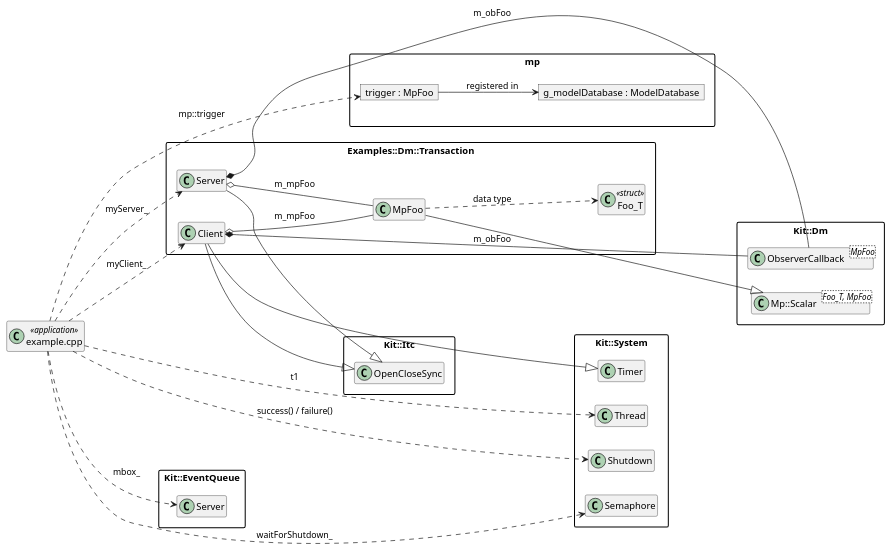
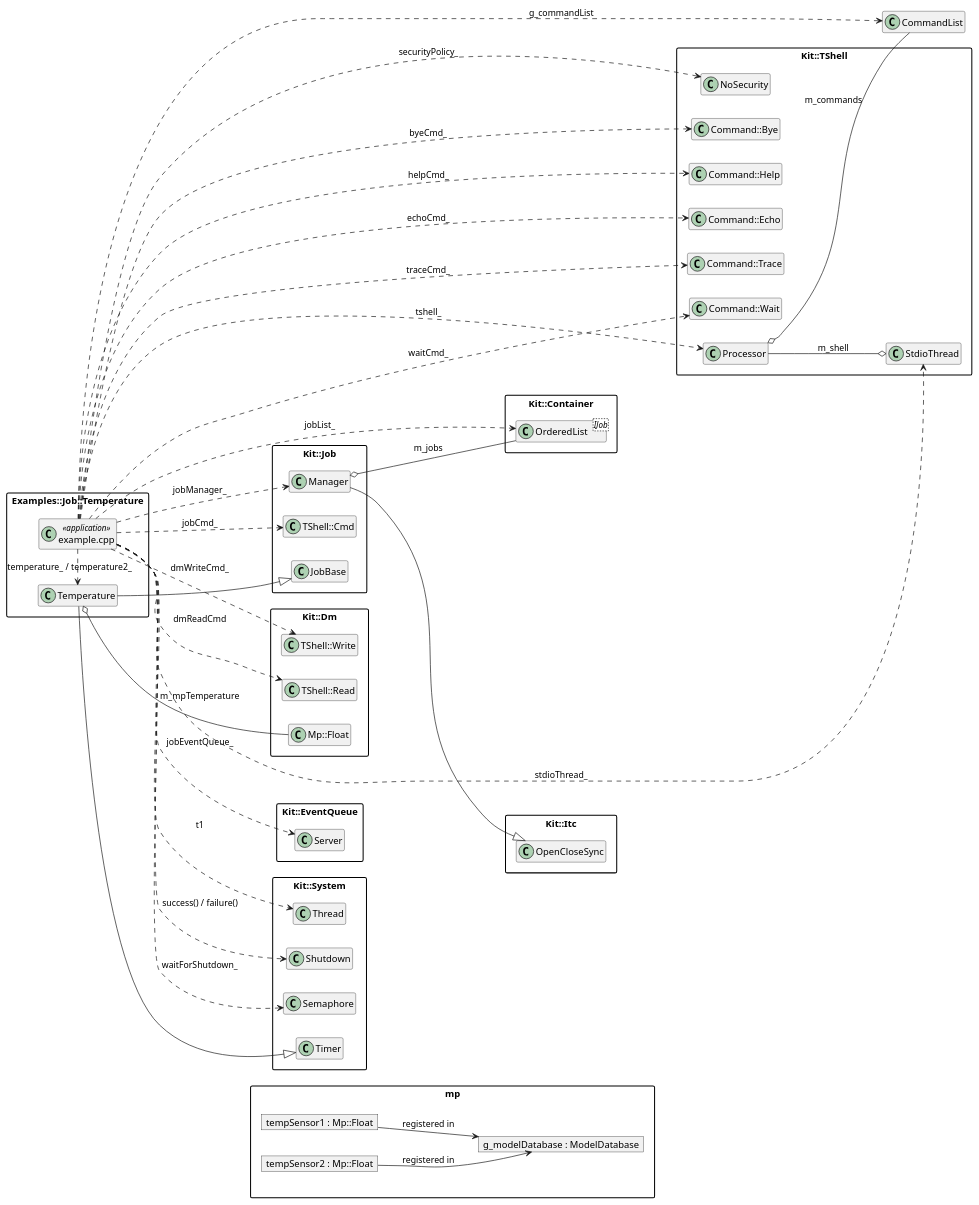
One commit to Integerfox/kit.core changed the diagram in projects/Examples/Job/Temperature/diagram.puml. Above: the diagram before and after it, drawn with PlantUML. The commit also changed other lines of this file and 2 other files, not shown here.

Commit message:
update class diagram

```diff
--- a/projects/Examples/Job/Temperature/diagram.puml
+++ b/projects/Examples/Job/Temperature/diagram.puml
@@ -1,100 +1,135 @@
 @startuml classDiagram_examplesjobtemperature
 skinparam classAttributeIconSize 0
 skinparam packageStyle rectangle
 hide members
 left to right direction
 
 ' ============================================================================
 ' example.cpp - leftmost element
 ' ============================================================================
 
-class "example.cpp" as exampleApp <<application>>
 
 ' ============================================================================
 ' Application Classes  (middle column)
 ' ============================================================================
 
-package "Examples::Dm::Transaction" {
-    class Foo_T <<struct>>
-    class MpFoo
-    class Client
-    class Server
+package "Examples::Job::Temperature" {
+    class Temperature
+    class "example.cpp" as exampleApp <<application>>
 }
 
 package "mp" {
-    object "trigger : MpFoo" as mpTrigger
+    object "tempSensor1 : Mp::Float" as mpTempSensor1
+    object "tempSensor2 : Mp::Float" as mpTempSensor2
     object "g_modelDatabase : ModelDatabase" as mpDB
 }
 
 ' ============================================================================
 ' Kit Classes  (right column, stacked vertically)
 ' ============================================================================
+
+package "Kit::Job" {
+    class JobBase
+    class Manager
+    class "TShell::Cmd" as JobShellCmd
+}
 
 package "Kit::EventQueue" {
     class "Server" as EqServer
 }
 
 package "Kit::Itc" {
     class OpenCloseSync
 }
 
 package "Kit::System" {
     class Semaphore
     class Thread
     class Shutdown
     class Timer
 }
 
 package "Kit::Dm" {
-    class "Mp::Scalar<Foo_T, MpFoo>" as ScalarBase
-    class "ObserverCallback<MpFoo>" as ObsCallback
+    class "Mp::Float" as MpFloat
+    class "TShell::Write" as DmWrite
+    class "TShell::Read" as DmRead
+}
+
+package "Kit::Container" {
+    class "OrderedList<IJob>" as JobList
+}
+
+package "Kit::TShell" {
+    class Processor
+    class StdioThread
+    class NoSecurity
+    class "Command::Bye" as Bye
+    class "Command::Help" as Help
+    class "Command::Echo" as Echo
+    class "Command::Trace" as Trace
+    class "Command::Wait" as Wait
 }
 
 ' ============================================================================
 ' Layout hints
 ' ============================================================================
 
-' Pin exampleApp to the left of the Dm::Transaction classes
-exampleApp  -[hidden]right- Client
+' Pin exampleApp to the left of the Application classes
+exampleApp  -[hidden]right- Temperature
 
-' Stack Dm::Transaction above mp (vertically)
-Server      -[hidden]down-  mpTrigger
+' Stack Application classes above mp (vertically)
+Temperature -[hidden]down- mpTempSensor1
 
 ' Stack Kit packages vertically (right column)
-EqServer    -[hidden]down-  OpenCloseSync
+JobBase       -[hidden]down- EqServer
+EqServer      -[hidden]down- OpenCloseSync
 OpenCloseSync -[hidden]down- Semaphore
-Semaphore   -[hidden]down-  ScalarBase
+Semaphore     -[hidden]down- MpFloat
+MpFloat       -[hidden]down- JobList
+JobList       -[hidden]down- Processor
+Processor     -[hidden]down- StdioThread
 
 ' ============================================================================
 ' Inheritance
 ' ============================================================================
 
-Client  --|>  OpenCloseSync
-Client  --|>  Timer
-Server  --|>  OpenCloseSync
-MpFoo   --|>  ScalarBase
+Temperature --|>  JobBase
+Temperature --|>  Timer
+Manager     --|>  OpenCloseSync
 
 ' ============================================================================
 ' Composition / Aggregation
 ' ============================================================================
 
-Client  o--  MpFoo       : m_mpFoo
-Client  *--  ObsCallback : m_obFoo
-Server  o--  MpFoo       : m_mpFoo
-Server  *--  ObsCallback : m_obFoo
-MpFoo   ..>  Foo_T       : data type
-mpTrigger --> mpDB       : registered in
+Temperature   o--  MpFloat  : m_mpTemperature
+Manager       o--  JobList  : m_jobs
+Processor     o--  CommandList : m_commands
+StdioThread   o--  Processor : m_shell
+mpTempSensor1 -->  mpDB     : registered in
+mpTempSensor2 -->  mpDB     : registered in
 
 ' ============================================================================
 ' example.cpp usage relationships
 ' ============================================================================
 
-exampleApp ..> EqServer  : mbox_
-exampleApp ..> Semaphore : waitForShutdown_
-exampleApp ..> Thread    : t1
-exampleApp ..> Server    : myServer_
-exampleApp ..> Client    : myClient_
-exampleApp ..> Shutdown  : success() / failure()
-exampleApp ..> mpTrigger : mp::trigger
+exampleApp ..> EqServer       : jobEventQueue_
+exampleApp ..> Semaphore      : waitForShutdown_
+exampleApp ..> Thread         : t1
+exampleApp ..> Manager        : jobManager_
+exampleApp ..> Temperature    : temperature_ / temperature2_
+exampleApp ..> JobList        : jobList_
+exampleApp ..> Shutdown       : success() / failure()
+exampleApp ..> CommandList   : g_commandList
+exampleApp ..> Processor     : tshell_
+exampleApp ..> StdioThread   : stdioThread_
+exampleApp ..> NoSecurity    : securityPolicy_
+exampleApp ..> Bye           : byeCmd_
+exampleApp ..> Help          : helpCmd_
+exampleApp ..> Echo          : echoCmd_
+exampleApp ..> Trace         : traceCmd_
+exampleApp ..> Wait          : waitCmd_
+exampleApp ..> DmWrite       : dmWriteCmd_
+exampleApp ..> DmRead        : dmReadCmd
+exampleApp ..> JobShellCmd   : jobCmd_
 
 @enduml
```
